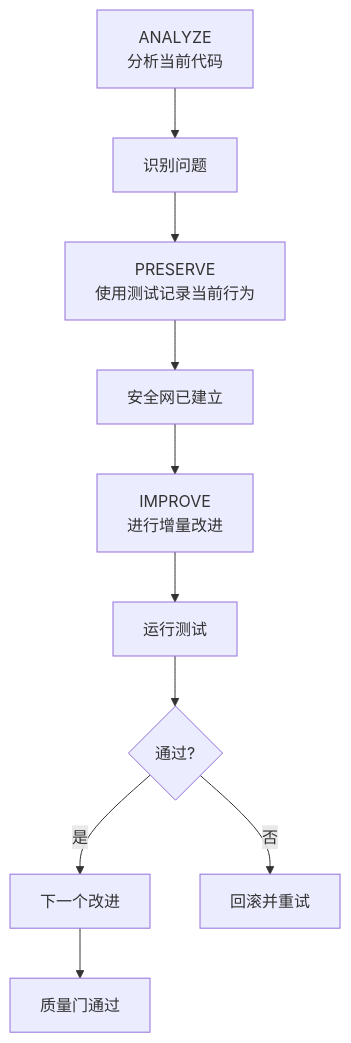
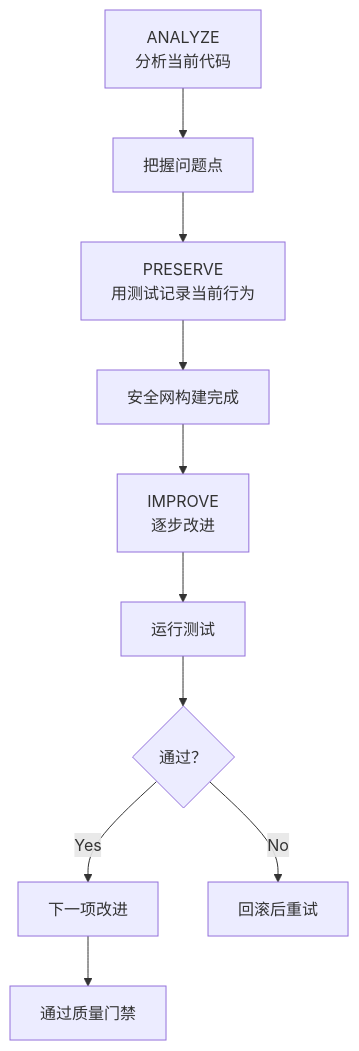
Before and after one commit to modu-ai/moai-adk: the fifth of 9 diagrams in docs-site/content/zh/getting-started/quickstart.md, drawn with Mermaid. The commit also changed other lines of this file and 395 other files, not shown here.

````diff
--- a/docs-site/content/zh/getting-started/quickstart.md
+++ b/docs-site/content/zh/getting-started/quickstart.md
@@ -191,12 +191,12 @@
 ```mermaid
 flowchart TD
-    A["ANALYZE<br/>分析当前代码"] --> B["识别问题"]
-    B --> C["PRESERVE<br/>使用测试记录当前行为"]
-    C --> D["安全网已建立"]
-    D --> E["IMPROVE<br/>进行增量改进"]
+    A["ANALYZE<br/>分析当前代码"] --> B["把握问题点"]
+    B --> C["PRESERVE<br/>用测试记录当前行为"]
+    C --> D["安全网构建完成"]
+    D --> E["IMPROVE<br/>逐步改进"]
     E --> F["运行测试"]
-    F --> G{"通过?"}
-    G -->|是| H["下一个改进"]
-    G -->|否| I["回滚并重试"]
-    H --> J["质量门通过"]
+    F --> G{"通过？"}
+    G -->|Yes| H["下一项改进"]
+    G -->|No| I["回滚后重试"]
+    H --> J["通过质量门禁"]
 ```
````
